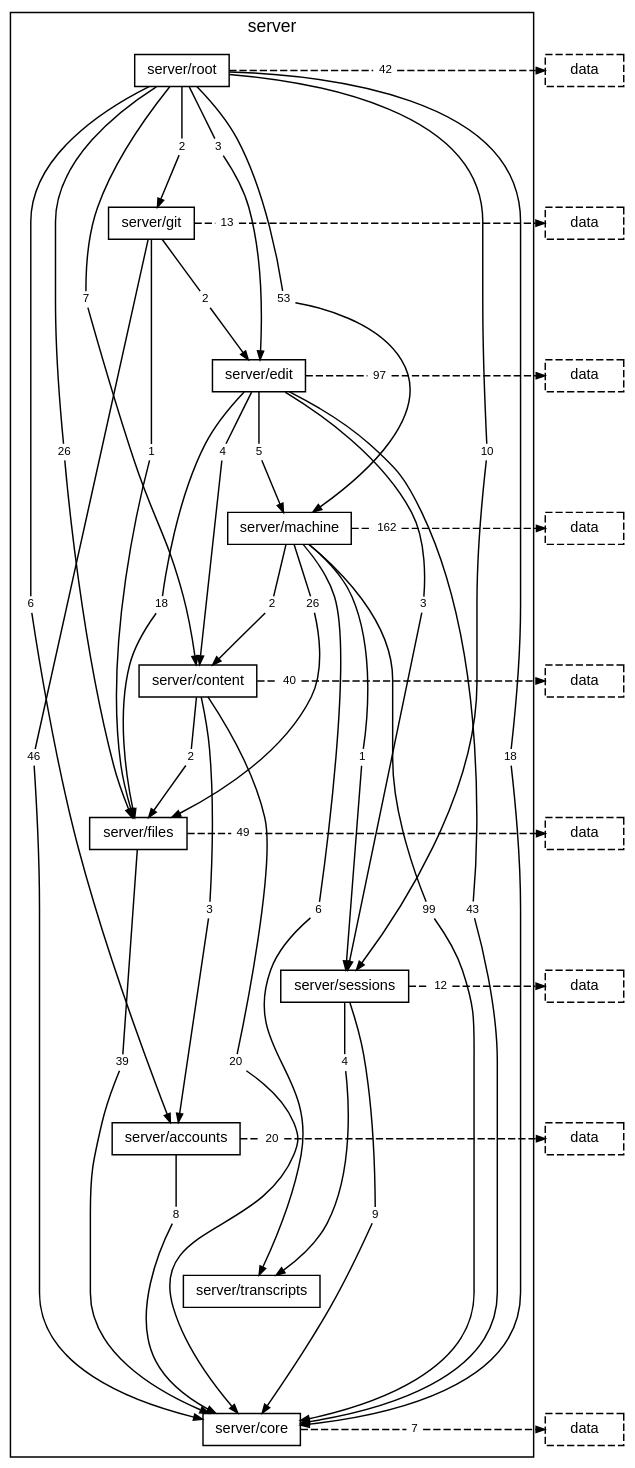
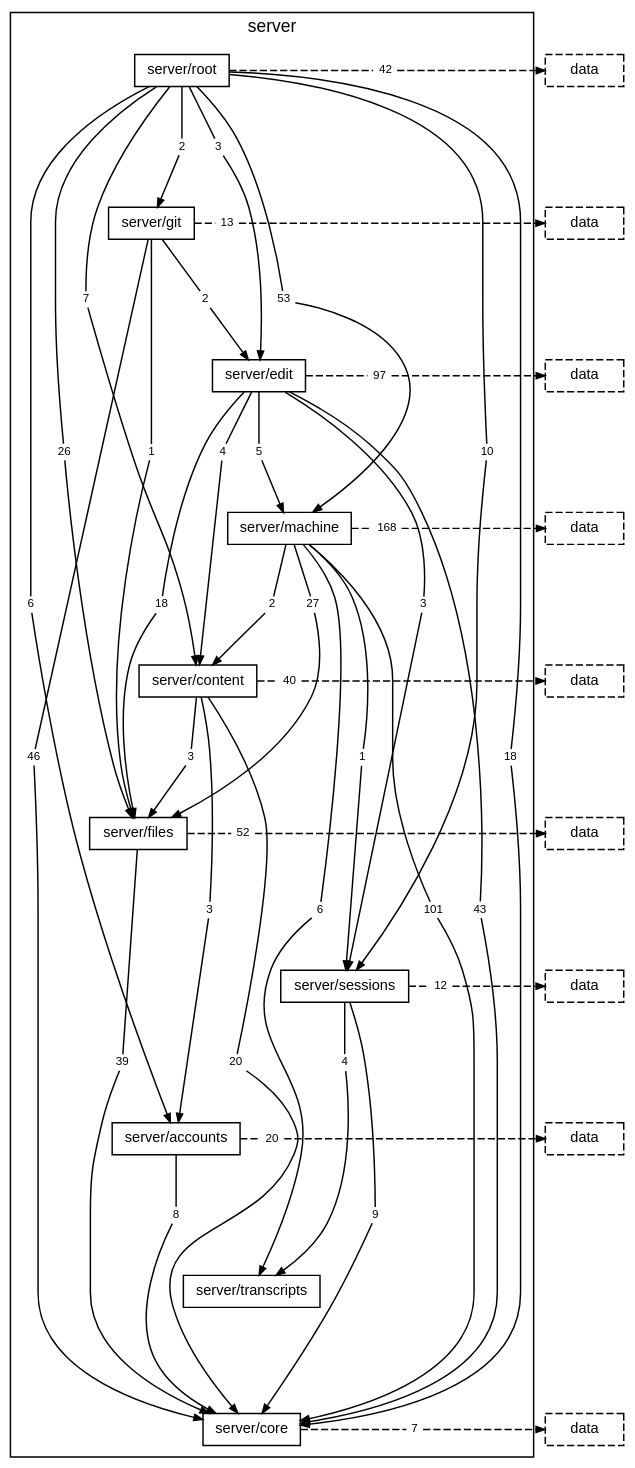
The diagram in docs/diagrams/layer-server.dot (TheAxeC/oculus), drawn with Graphviz before and after one commit. The commit also changed 162 other files, not shown here.

```diff
--- a/docs/diagrams/layer-server.dot
+++ b/docs/diagrams/layer-server.dot
@@ -34,17 +34,17 @@
         "folder server/edit to folder server/sessions" [label="3", shape=box, color="transparent", fontsize=8, width=0, height=0, margin="0.04,0.02"];
         "folder server/edit to layer data" [label="97", shape=box, color="transparent", fontsize=8, width=0, height=0, margin="0.04,0.02"];
         "folder server/machine to folder server/content" [label="2", shape=box, color="transparent", fontsize=8, width=0, height=0, margin="0.04,0.02"];
-        "folder server/machine to folder server/core" [label="99", shape=box, color="transparent", fontsize=8, width=0, height=0, margin="0.04,0.02"];
-        "folder server/machine to folder server/files" [label="26", shape=box, color="transparent", fontsize=8, width=0, height=0, margin="0.04,0.02"];
+        "folder server/machine to folder server/core" [label="101", shape=box, color="transparent", fontsize=8, width=0, height=0, margin="0.04,0.02"];
+        "folder server/machine to folder server/files" [label="27", shape=box, color="transparent", fontsize=8, width=0, height=0, margin="0.04,0.02"];
         "folder server/machine to folder server/sessions" [label="1", shape=box, color="transparent", fontsize=8, width=0, height=0, margin="0.04,0.02"];
         "folder server/machine to folder server/transcripts" [label="6", shape=box, color="transparent", fontsize=8, width=0, height=0, margin="0.04,0.02"];
-        "folder server/machine to layer data" [label="162", shape=box, color="transparent", fontsize=8, width=0, height=0, margin="0.04,0.02"];
+        "folder server/machine to layer data" [label="168", shape=box, color="transparent", fontsize=8, width=0, height=0, margin="0.04,0.02"];
         "folder server/content to folder server/accounts" [label="3", shape=box, color="transparent", fontsize=8, width=0, height=0, margin="0.04,0.02"];
         "folder server/content to folder server/core" [label="20", shape=box, color="transparent", fontsize=8, width=0, height=0, margin="0.04,0.02"];
-        "folder server/content to folder server/files" [label="2", shape=box, color="transparent", fontsize=8, width=0, height=0, margin="0.04,0.02"];
+        "folder server/content to folder server/files" [label="3", shape=box, color="transparent", fontsize=8, width=0, height=0, margin="0.04,0.02"];
         "folder server/content to layer data" [label="40", shape=box, color="transparent", fontsize=8, width=0, height=0, margin="0.04,0.02"];
         "folder server/files to folder server/core" [label="39", shape=box, color="transparent", fontsize=8, width=0, height=0, margin="0.04,0.02"];
-        "folder server/files to layer data" [label="49", shape=box, color="transparent", fontsize=8, width=0, height=0, margin="0.04,0.02"];
+        "folder server/files to layer data" [label="52", shape=box, color="transparent", fontsize=8, width=0, height=0, margin="0.04,0.02"];
         "folder server/sessions to folder server/core" [label="9", shape=box, color="transparent", fontsize=8, width=0, height=0, margin="0.04,0.02"];
         "folder server/sessions to folder server/transcripts" [label="4", shape=box, color="transparent", fontsize=8, width=0, height=0, margin="0.04,0.02"];
         "folder server/sessions to layer data" [label="12", shape=box, color="transparent", fontsize=8, width=0, height=0, margin="0.04,0.02"];
```
